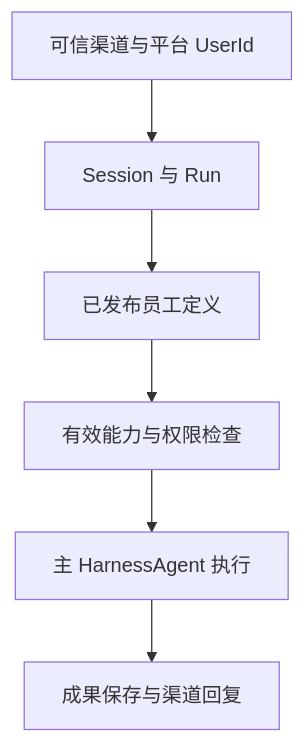
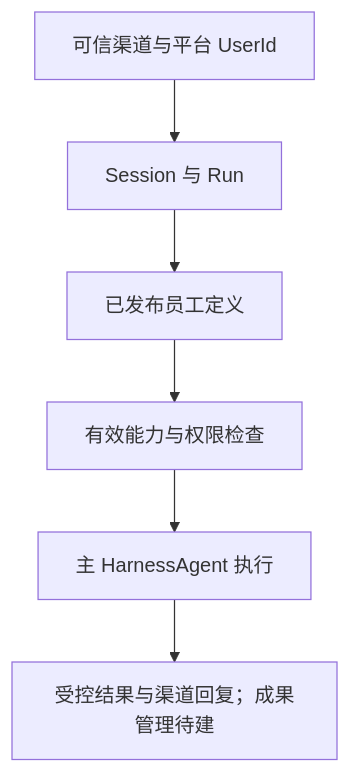
One commit to BeyondzychenProton/haizhou-brain changed the diagram in docs/01-平台总览/设计文档总览.md. Above: the diagram before and after it, drawn with Mermaid. The commit also changed other lines of this file and 24 other files, not shown here.

````diff
--- a/docs/01-平台总览/设计文档总览.md
+++ b/docs/01-平台总览/设计文档总览.md
@@ -43,8 +40,8 @@
 ```mermaid
 flowchart TD
     A["可信渠道与平台 UserId"] --> B["Session 与 Run"]
     B --> C["已发布员工定义"]
     C --> D["有效能力与权限检查"]
     D --> E["主 HarnessAgent 执行"]
-    E --> F["成果保存与渠道回复"]
+    E --> F["受控结果与渠道回复；成果管理待建"]
 ```
````
